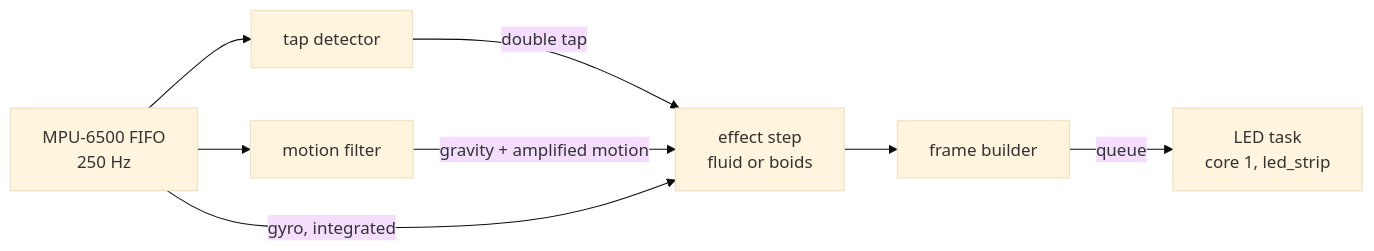
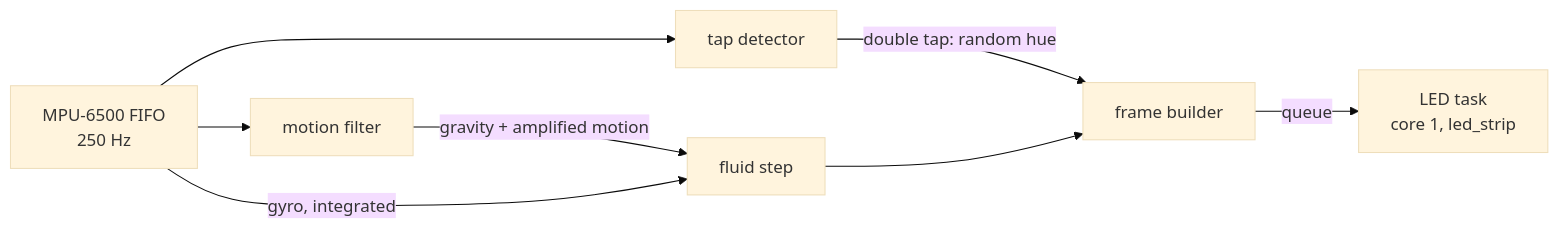
The second of 2 diagrams in README.md (psytraxx/gravity-cube-espidf), drawn with Mermaid (base theme) before and after one commit. The commit also changed other lines of this file and 13 other files, not shown here.

First line of the commit message:
Drop the boids; a double tap gives the fluid a random colour

````diff
--- a/README.md
+++ b/README.md
@@ -108,10 +108,10 @@
 ```mermaid
 flowchart LR
     IMU[MPU-6500 FIFO<br/>250 Hz] --> TAP[tap detector]
     IMU --> MF[motion filter]
-    TAP -->|double tap| FX
-    MF -->|gravity + amplified motion| FX[effect step<br/>fluid or boids]
+    TAP -->|double tap: random hue| FB
+    MF -->|gravity + amplified motion| FX[fluid step]
     IMU -->|gyro, integrated| FX
     FX --> FB[frame builder]
     FB -->|queue| LED[LED task<br/>core 1, led_strip]
 ```
````
